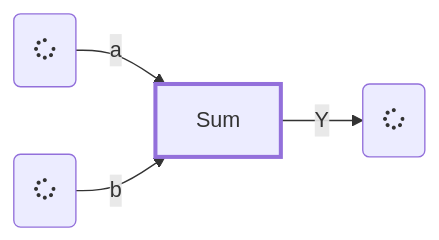
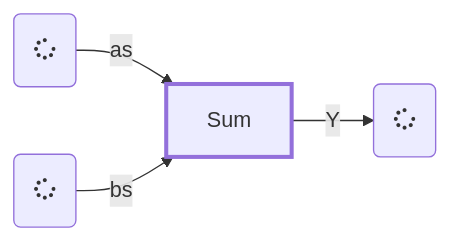
One commit to masc-ucsc/docs changed the first of 4 diagrams in docs/livehd/05-lgraph.md. Above: the diagram before and after it, drawn with Mermaid. The commit also changed other lines of this file and 21 other files, not shown here.

````diff
--- a/docs/livehd/05-lgraph.md
+++ b/docs/livehd/05-lgraph.md
@@ -284,7 +286,7 @@
 ``` mermaid
 graph LR
     cell  --Y--> c(fa:fa-spinner)
-    a(fa:fa-spinner) --a--> cell[Sum]:::cell
-    b(fa:fa-spinner) --b--> cell
+    a(fa:fa-spinner) --as--> cell[Sum]:::cell
+    b(fa:fa-spinner) --bs--> cell
     classDef cell stroke-width:3px
 ```
````
